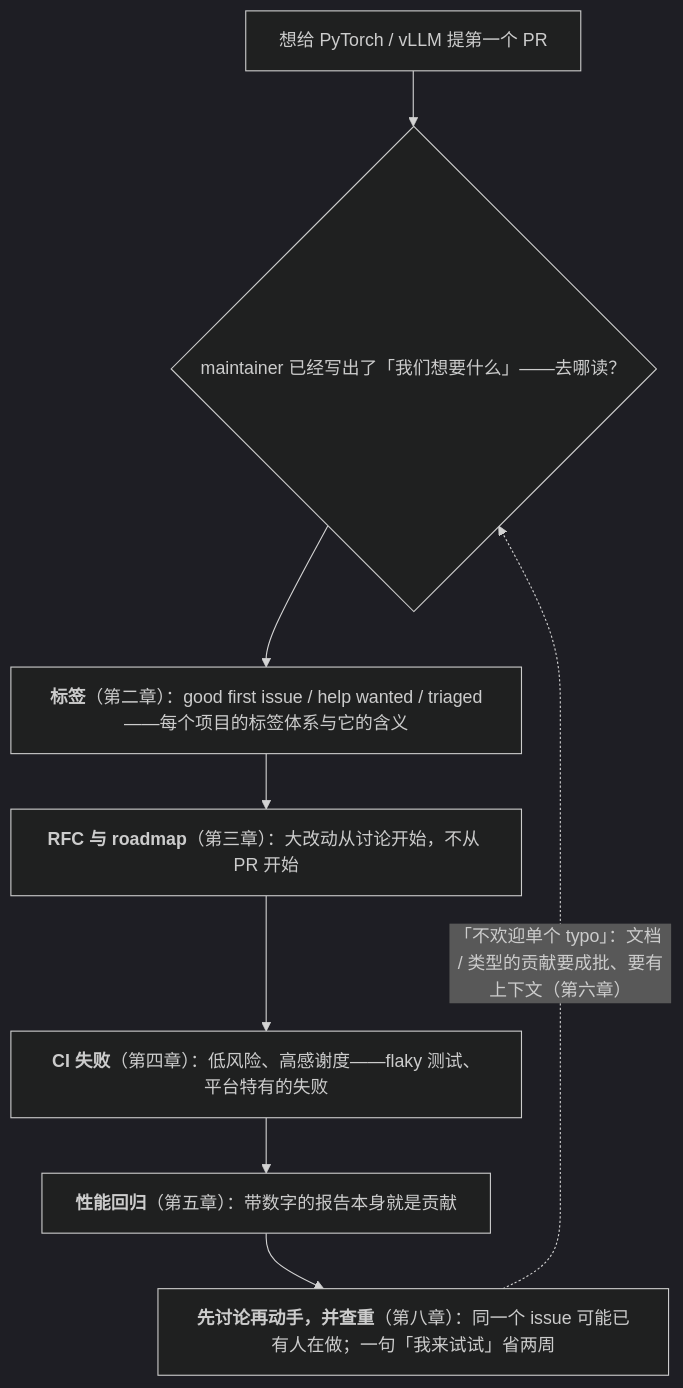
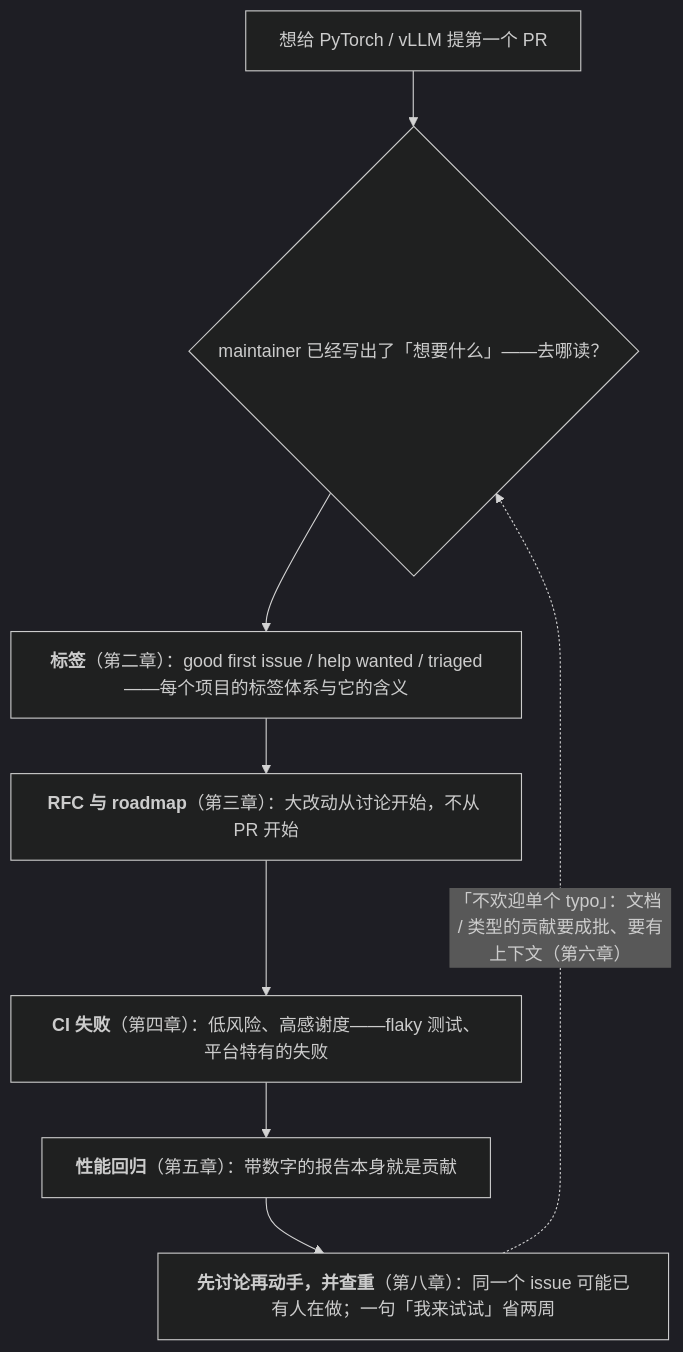
The diagram in _posts/2026-09-25-finding-your-entry-point-in-open-source.md (arganzheng/arganzheng.github.com), drawn with Mermaid (dark theme) before and after one commit. The commit also changed other lines of this file and 4 other files, not shown here.

````diff
--- a/_posts/2026-09-25-finding-your-entry-point-in-open-source.md
+++ b/_posts/2026-09-25-finding-your-entry-point-in-open-source.md
@@ -25,13 +25,13 @@
 ```mermaid
 %%{init: {"flowchart": {"wrappingWidth": 400}}}%%
-%% 图：找切入点：maintainer 写出的「我们想要什么」在标签、RFC、CI 失败、性能回归里
+%% 图：找切入点：maintainer 写出的「想要什么」在标签、RFC、CI 失败、性能回归里
 flowchart TB
-    W["想给 PyTorch / vLLM 提第一个 PR"] --> Q{"maintainer 已经写出了「我们想要什么」——去哪读？"}
+    W["想给 PyTorch / vLLM 提第一个 PR"] --> Q{"maintainer 已经写出了「想要什么」——去哪读？"}
     Q --> L["<b>标签</b>（第二章）：good first issue / help wanted / triaged——每个项目的标签体系与它的含义"]
     L --> RFC["<b>RFC 与 roadmap</b>（第三章）：大改动从讨论开始，不从 PR 开始"]
     RFC --> CI["<b>CI 失败</b>（第四章）：低风险、高感谢度——flaky 测试、平台特有的失败"]
     CI --> PERF["<b>性能回归</b>（第五章）：带数字的报告本身就是贡献"]
     PERF --> D["<b>先讨论再动手，并查重</b>（第八章）：同一个 issue 可能已有人在做；一句「我来试试」省两周"]
     D -. "「不欢迎单个 typo」：文档 / 类型的贡献要成批、要有上下文（第六章）" .-> Q
 
 ```
````
